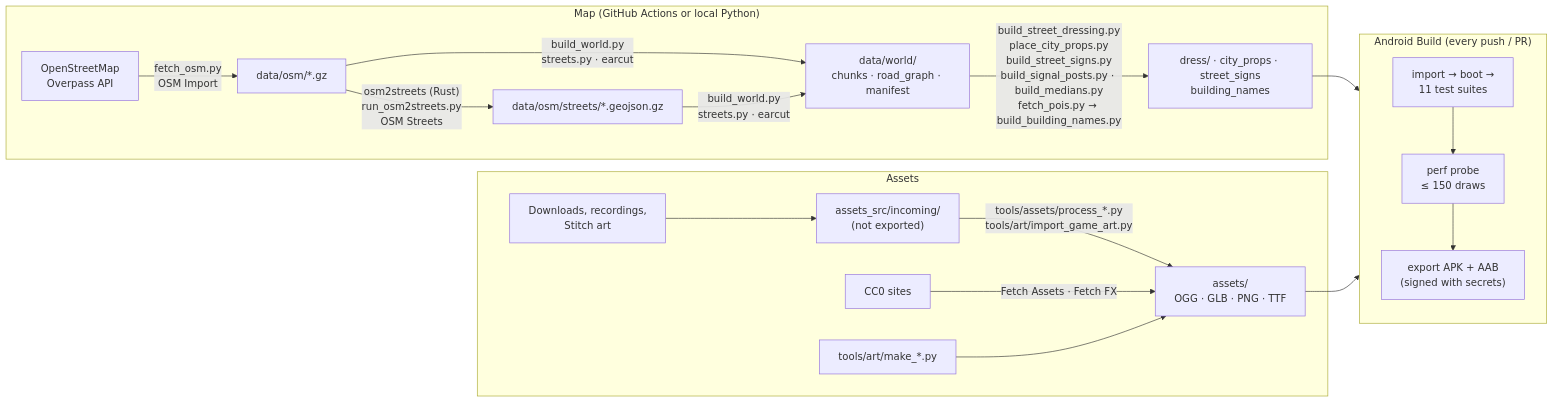
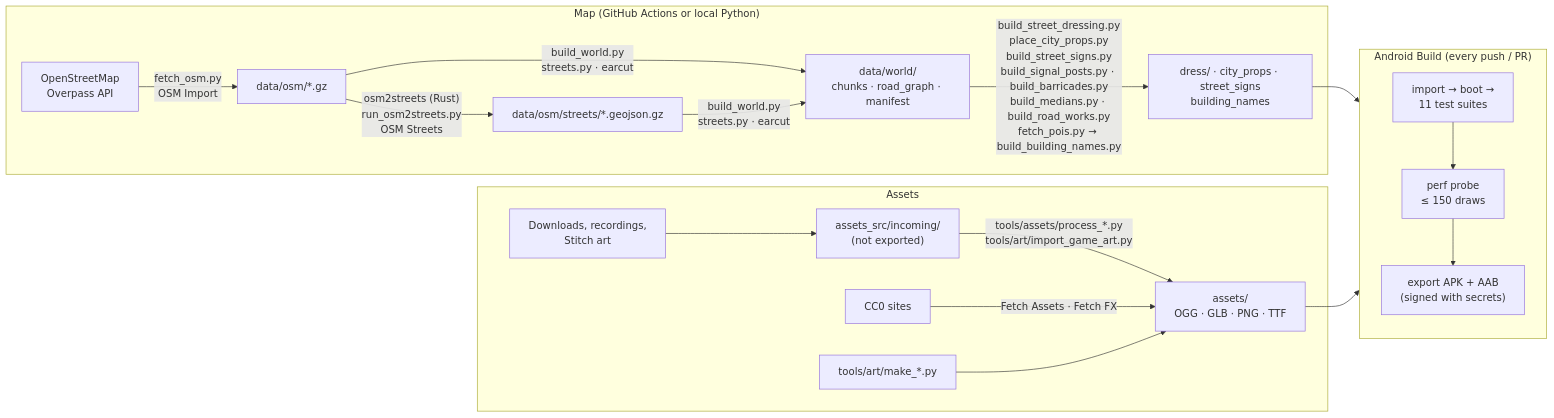
Before and after one commit to DavidRajPaul/Auto-Simulator-Game-GoDot: the second of 2 diagrams in README.md, drawn with Mermaid. The commit also changed other lines of this file and 158 other files, not shown here.

````diff
--- a/README.md
+++ b/README.md
@@ -232,20 +232,20 @@
 ```mermaid
 flowchart LR
   subgraph Map["Map (GitHub Actions or local Python)"]
     OSM["OpenStreetMap<br/>Overpass API"] -->|"fetch_osm.py<br/>OSM Import"| RAW["data/osm/*.gz"]
     RAW -->|"osm2streets (Rust)<br/>run_osm2streets.py<br/>OSM Streets"| LANES["data/osm/streets/*.geojson.gz"]
     RAW & LANES -->|"build_world.py<br/>streets.py · earcut"| WD["data/world/<br/>chunks · road_graph · manifest"]
-    WD -->|"build_street_dressing.py<br/>place_city_props.py<br/>build_street_signs.py<br/>build_signal_posts.py · build_medians.py<br/>fetch_pois.py → build_building_names.py"| WD2["dress/ · city_props · street_signs<br/>building_names"]
+    WD -->|"build_street_dressing.py<br/>place_city_props.py<br/>build_street_signs.py<br/>build_signal_posts.py · build_barricades.py<br/>build_medians.py · build_road_works.py<br/>fetch_pois.py → build_building_names.py"| WD2["dress/ · city_props · street_signs<br/>building_names"]
   end
   subgraph Art["Assets"]
     DL["Downloads, recordings,<br/>Stitch art"] --> INC["assets_src/incoming/<br/>(not exported)"]
     INC -->|"tools/assets/process_*.py<br/>tools/art/import_game_art.py"| ASSETS["assets/<br/>OGG · GLB · PNG · TTF"]
     CC0["CC0 sites"] -->|"Fetch Assets · Fetch FX"| ASSETS
     GEN["tools/art/make_*.py"] --> ASSETS
   end
   subgraph CI["Android Build (every push / PR)"]
     T["import → boot →<br/>11 test suites"] --> P["perf probe<br/>≤ 150 draws"] --> E["export APK + AAB<br/>(signed with secrets)"]
   end
   WD2 --> CI
   ASSETS --> CI
 ```
````
